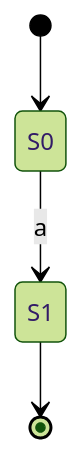
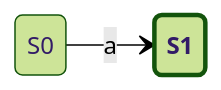
Before and after one commit to retrosnob/mermaid: the first of 3 diagrams in index.md, drawn with Mermaid (forest theme). The commit also changed other lines of this file, not shown here.

````diff
--- a/index.md
+++ b/index.md
@@ -3,6 +3,9 @@
 ```mermaid
 stateDiagram
-    [*] --> S0
+    direction LR
+    classDef accepting font-weight:bold, stroke-width:3px
+
     S0 --> S1 : a
-    S1 --> [*]
+
+    class S1 accepting
 ```
````
